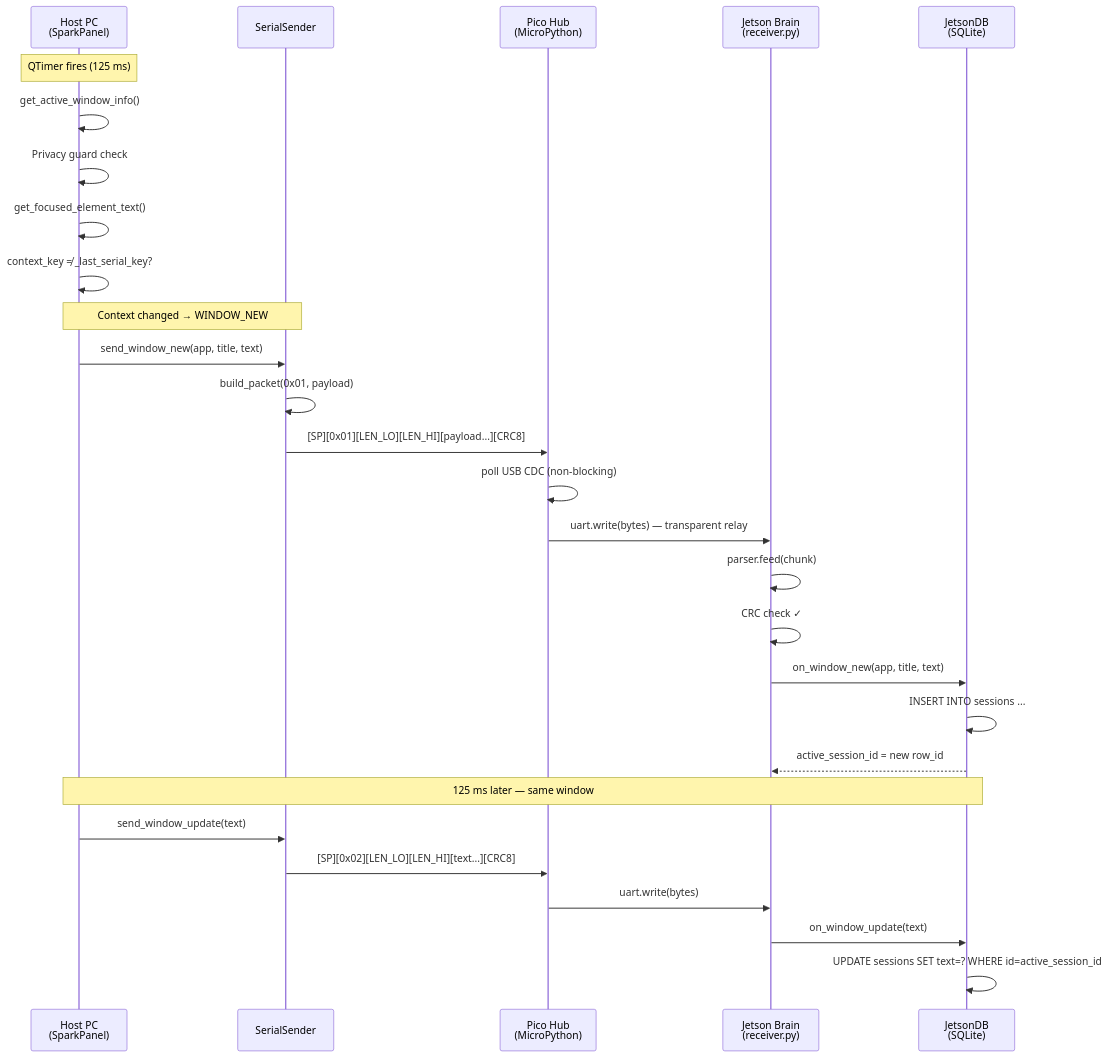
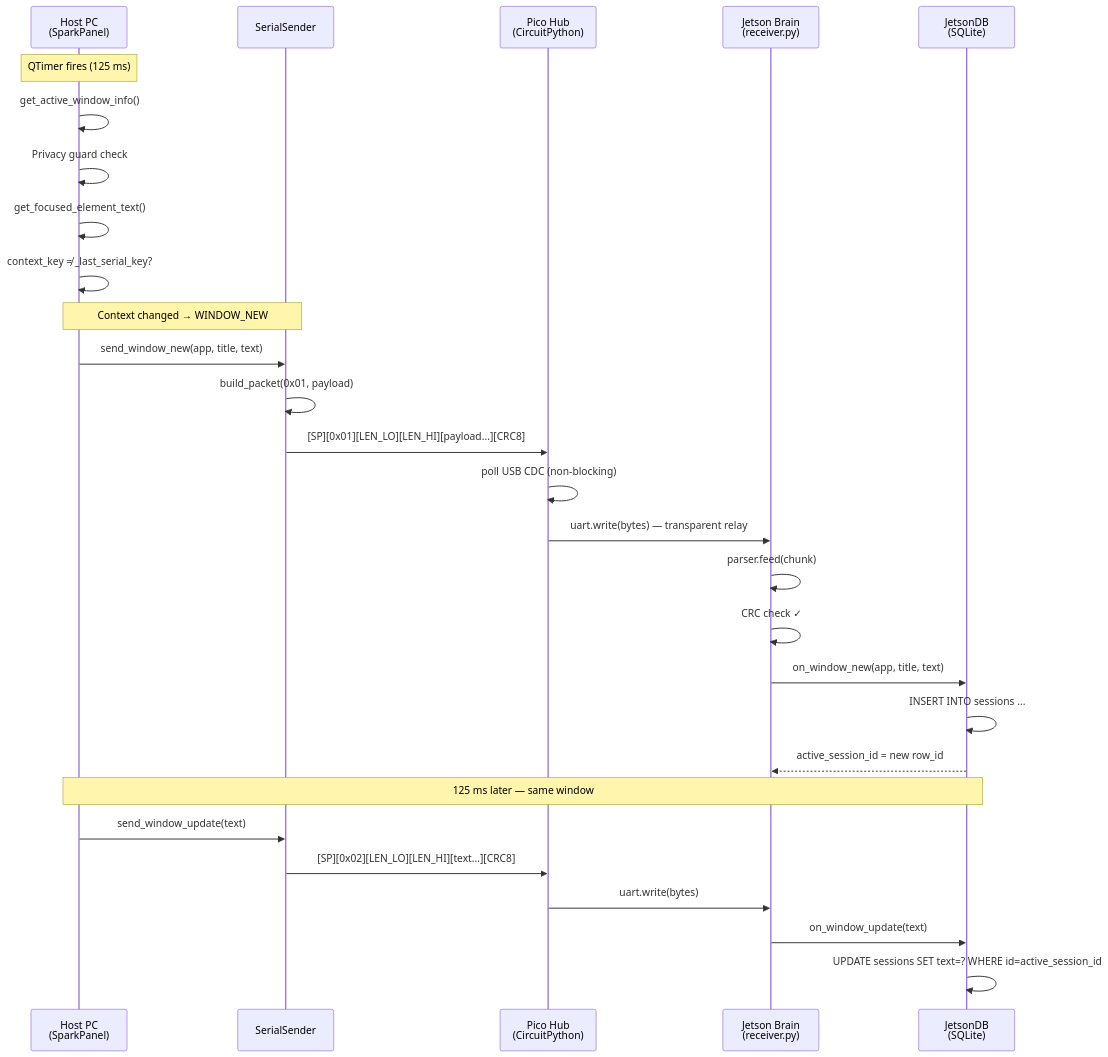
One commit to Tatyana-AC/SPARK changed the second of 3 diagrams in ENGINEERING_SPEC.md. Above: the diagram before and after it, drawn with Mermaid. The commit also changed other lines of this file and 4 other files, not shown here.

Commit message:
Rewrite docs for CircuitPython Pico firmware

````diff
--- a/ENGINEERING_SPEC.md
+++ b/ENGINEERING_SPEC.md
@@ -430,35 +431,35 @@
 ```mermaid
 sequenceDiagram
     participant Host as Host PC<br/>(SparkPanel)
     participant Serial as SerialSender
-    participant Pico as Pico Hub<br/>(MicroPython)
+    participant Pico as Pico Hub<br/>(CircuitPython)
     participant Jetson as Jetson Brain<br/>(receiver.py)
     participant DB as JetsonDB<br/>(SQLite)
 
     Note over Host: QTimer fires (125 ms)
     Host->>Host: get_active_window_info()
     Host->>Host: Privacy guard check
     Host->>Host: get_focused_element_text()
     Host->>Host: context_key ≠ _last_serial_key?
 
     Note over Host,Serial: Context changed → WINDOW_NEW
     Host->>Serial: send_window_new(app, title, text)
     Serial->>Serial: build_packet(0x01, payload)
     Serial->>Pico: [SP][0x01][LEN_LO][LEN_HI][payload...][CRC8]
 
     Pico->>Pico: poll USB CDC (non-blocking)
     Pico->>Jetson: uart.write(bytes) — transparent relay
 
     Jetson->>Jetson: parser.feed(chunk)
     Jetson->>Jetson: CRC check ✓
     Jetson->>DB: on_window_new(app, title, text)
     DB->>DB: INSERT INTO sessions ...
     DB-->>Jetson: active_session_id = new row_id
 
     Note over Host,DB: 125 ms later — same window
     Host->>Serial: send_window_update(text)
     Serial->>Pico: [SP][0x02][LEN_LO][LEN_HI][text...][CRC8]
     Pico->>Jetson: uart.write(bytes)
     Jetson->>DB: on_window_update(text)
     DB->>DB: UPDATE sessions SET text=? WHERE id=active_session_id
 ```
````
